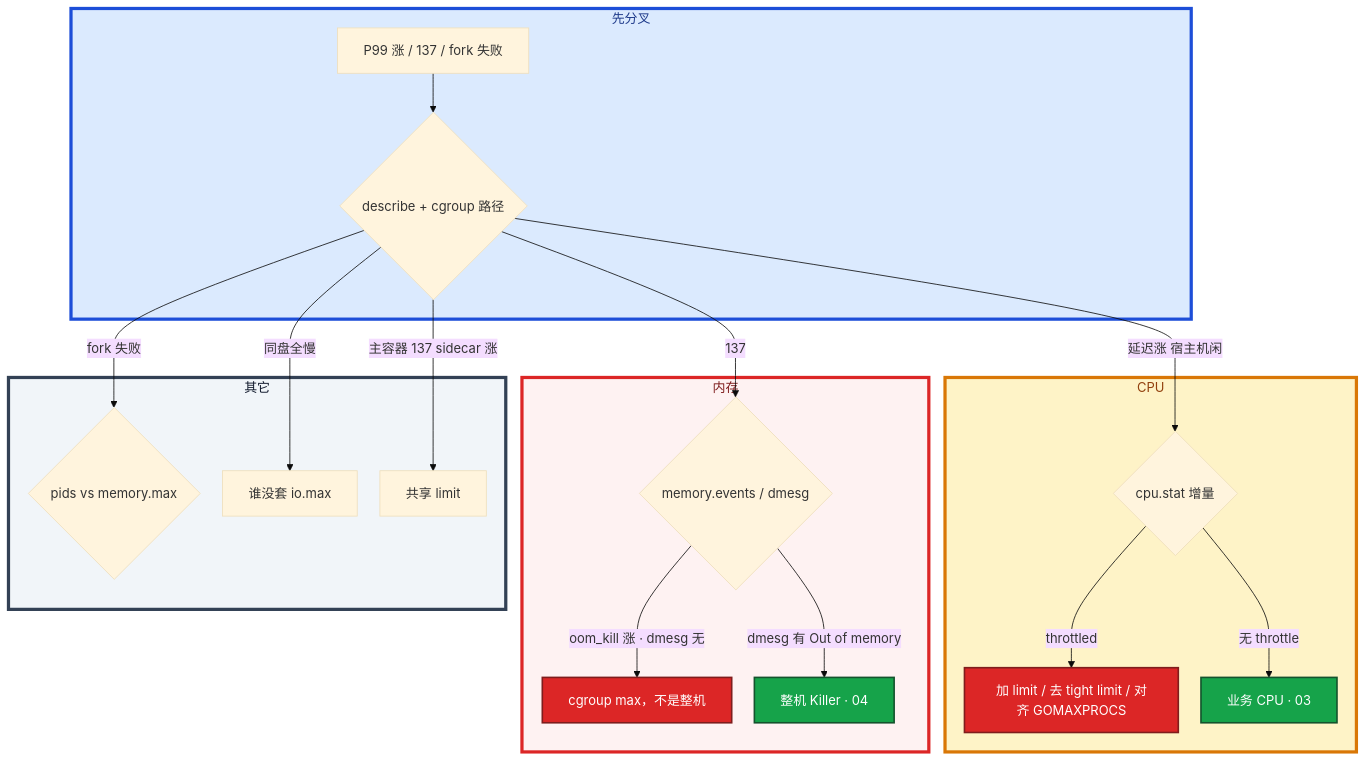
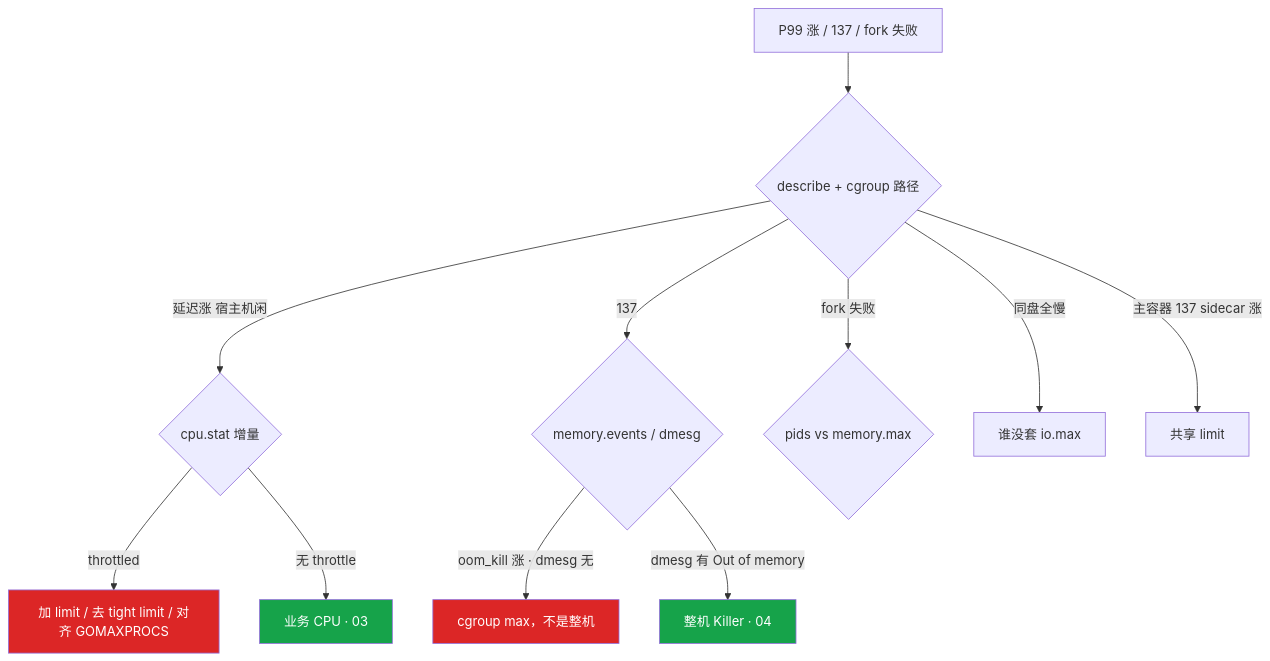
Before and after one commit to ml-cuizijun/LearnToLilith: the eighth of 8 diagrams in 02-基础底座/07-cgroup与容器/知识点.md, drawn with Mermaid. The commit also changed other lines of this file and 213 other files, not shown here.

````diff
--- a/02-基础底座/07-cgroup与容器/知识点.md
+++ b/02-基础底座/07-cgroup与容器/知识点.md
@@ -482,35 +390,18 @@
 ```mermaid
-%%{init: {"flowchart": {"padding": 16, "nodeSpacing": 28, "rankSpacing": 48}, "theme": "base"}}%%
 flowchart TB
-    subgraph gate ["先分叉"]
-        A[P99 涨 / 137 / fork 失败] --> B{describe + cgroup 路径}
-    end
+    A[P99 涨 / 137 / fork 失败] --> B{describe + cgroup 路径}
+    B -->|延迟涨 宿主机闲| C{cpu.stat 增量}
+    C -->|throttled| D[加 limit / 去 tight limit / 对齐 GOMAXPROCS]
+    C -->|无 throttle| E[业务 CPU · 03]
+    B -->|137| F{memory.events / dmesg}
+    F -->|oom_kill 涨 · dmesg 无| G[cgroup max，不是整机]
+    F -->|dmesg 有 Out of memory| H[整机 Killer · 04]
+    B -->|fork 失败| I{pids vs memory.max}
+    B -->|同盘全慢| J[谁没套 io.max]
+    B -->|主容器 137 sidecar 涨| K[共享 limit]
 
-    subgraph cpu ["CPU"]
-        B -->|延迟涨 宿主机闲| C{cpu.stat 增量}
-        C -->|throttled| D[加 limit / 去 tight limit / 对齐 GOMAXPROCS]
-        C -->|无 throttle| E[业务 CPU · 03]
-    end
-
-    subgraph mem ["内存"]
-        B -->|137| F{memory.events / dmesg}
-        F -->|oom_kill 涨 · dmesg 无| G[cgroup max，不是整机]
-        F -->|dmesg 有 Out of memory| H[整机 Killer · 04]
-    end
-
-    subgraph other ["其它"]
-        B -->|fork 失败| I{pids vs memory.max}
-        B -->|同盘全慢| J[谁没套 io.max]
-        B -->|主容器 137 sidecar 涨| K[共享 limit]
-    end
-
-    classDef bad fill:#DC2626,stroke:#7F1D1D,stroke-width:2px,color:#fff
-    classDef ok fill:#16A34A,stroke:#14532D,stroke-width:2px,color:#fff
+    classDef bad fill:#DC2626,color:#fff
+    classDef ok fill:#16A34A,color:#fff
     class G,D bad
     class E,H ok
-
-    style gate fill:#DBEAFE,stroke:#1D4ED8,stroke-width:4px,color:#1E3A8A
-    style cpu fill:#FEF3C7,stroke:#D97706,stroke-width:4px,color:#92400E
-    style mem fill:#FEF2F2,stroke:#DC2626,stroke-width:4px,color:#7F1D1D
-    style other fill:#F1F5F9,stroke:#334155,stroke-width:4px,color:#0F172A
 ```
````
